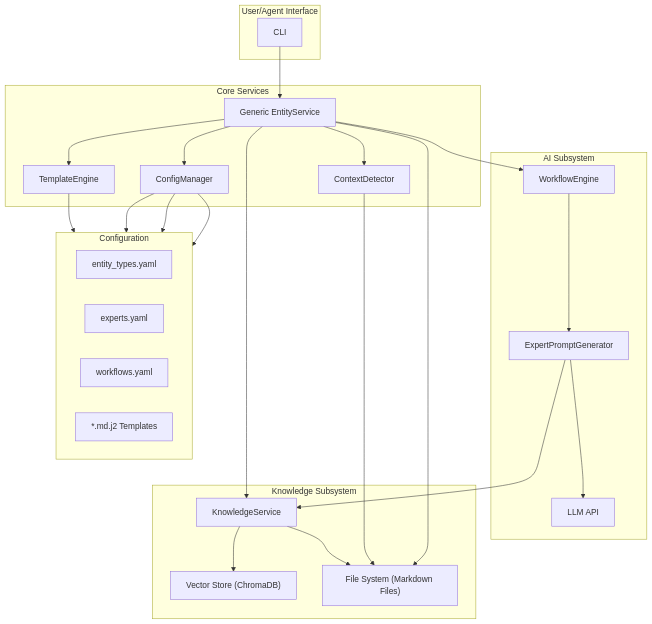
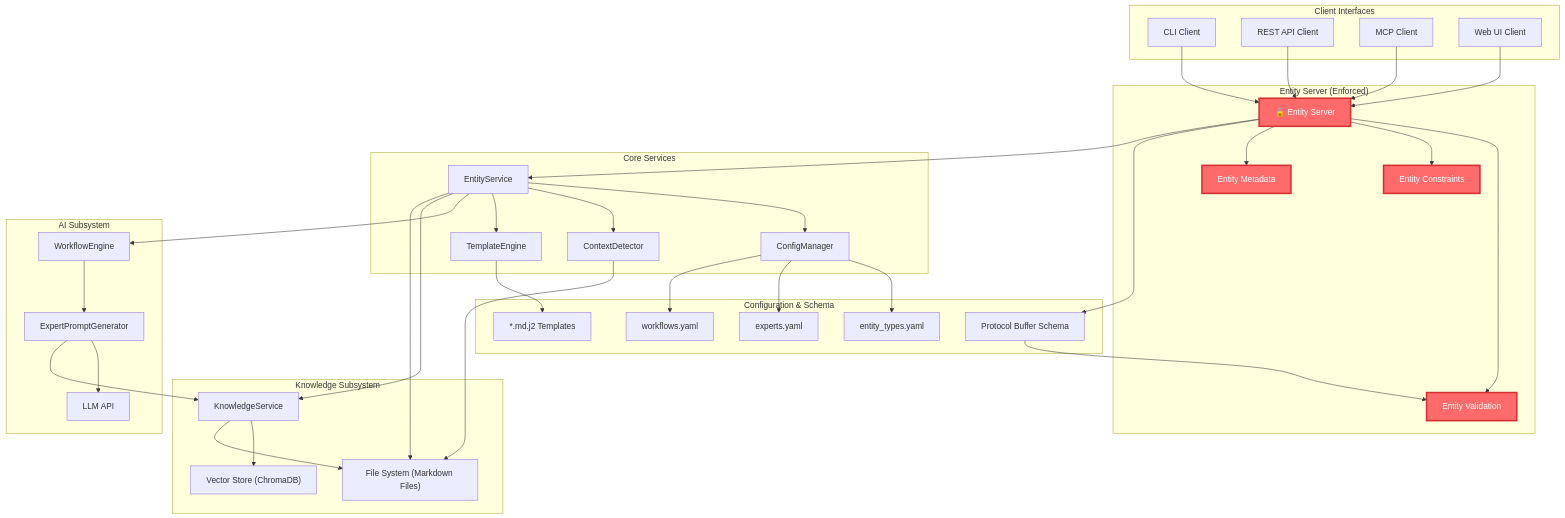
The first of 4 diagrams in docs/ARCHITECTURE_VISUALIZATION.md (the-greenman/semops2), drawn with Mermaid before and after one commit. The commit also changed other lines of this file and 35 other files, not shown here.

````diff
--- a/docs/ARCHITECTURE_VISUALIZATION.md
+++ b/docs/ARCHITECTURE_VISUALIZATION.md
@@ -9,39 +9,60 @@
 ```mermaid
 graph TD
-    subgraph User/Agent Interface
-        CLI
+    subgraph "Client Interfaces"
+        CLI["CLI Client"]
+        API["REST API Client"]
+        MCP["MCP Client"]
+        WebUI["Web UI Client"]
     end
 
-    subgraph CoreServices [Core Services]
-        EntityService["Generic EntityService"]
+    subgraph "Entity Server (Enforced)"
+        EntityServer["🔒 Entity Server"]
+        EntityValidation["Entity Validation"]
+        EntityConstraints["Entity Constraints"]
+        EntityMeta["Entity Metadata"]
+    end
+
+    subgraph "Core Services"
+        EntityService["EntityService"]
         ContextDetector["ContextDetector"]
         ConfigManager["ConfigManager"]
         TemplateEngine["TemplateEngine"]
     end
 
-    subgraph AISubsystem [AI Subsystem]
+    subgraph "AI Subsystem"
         WorkflowEngine["WorkflowEngine"]
         ExpertPromptGenerator["ExpertPromptGenerator"]
         LLM["LLM API"]
     end
 
-    subgraph KnowledgeSubsystem [Knowledge Subsystem]
+    subgraph "Knowledge Subsystem"
         KnowledgeService["KnowledgeService"]
         VectorStore["Vector Store (ChromaDB)"]
         FileSystem["File System (Markdown Files)"]
     end
 
-    subgraph Configuration
-        direction LR
+    subgraph "Configuration & Schema"
+        ProtoSchema["Protocol Buffer Schema"]
         EntityTypeConfig["entity_types.yaml"]
         ExpertConfig["experts.yaml"]
         WorkflowConfig["workflows.yaml"]
         Templates["*.md.j2 Templates"]
     end
 
-    %% High-Level Connections
-    CLI --> EntityService
+    %% All clients must go through Entity Server
+    CLI --> EntityServer
+    API --> EntityServer
+    MCP --> EntityServer
+    WebUI --> EntityServer
 
+    %% Entity Server enforces validation
+    EntityServer --> EntityValidation
+    EntityServer --> EntityConstraints
+    EntityServer --> EntityMeta
+    EntityServer --> ProtoSchema
+
+    %% Entity Server coordinates with services
+    EntityServer --> EntityService
     EntityService --> ConfigManager
     EntityService --> ContextDetector
     EntityService --> TemplateEngine
@@ -49,17 +70,25 @@
     EntityService --> KnowledgeService
     EntityService --> FileSystem
 
+    %% Configuration relationships
     ConfigManager --> EntityTypeConfig
     ConfigManager --> ExpertConfig
     ConfigManager --> WorkflowConfig
+    ProtoSchema --> EntityValidation
 
+    %% Template and context relationships
     TemplateEngine --> Templates
     ContextDetector --> FileSystem
 
+    %% AI workflow relationships
     WorkflowEngine --> ExpertPromptGenerator
     ExpertPromptGenerator --> LLM
     ExpertPromptGenerator --> KnowledgeService
 
+    %% Knowledge system relationships
     KnowledgeService --> VectorStore
     KnowledgeService --> FileSystem
+
+    classDef enforced fill:#ff6b6b,stroke:#d63031,stroke-width:3px,color:#fff
+    class EntityServer,EntityValidation,EntityConstraints,EntityMeta enforced
 ```
````
